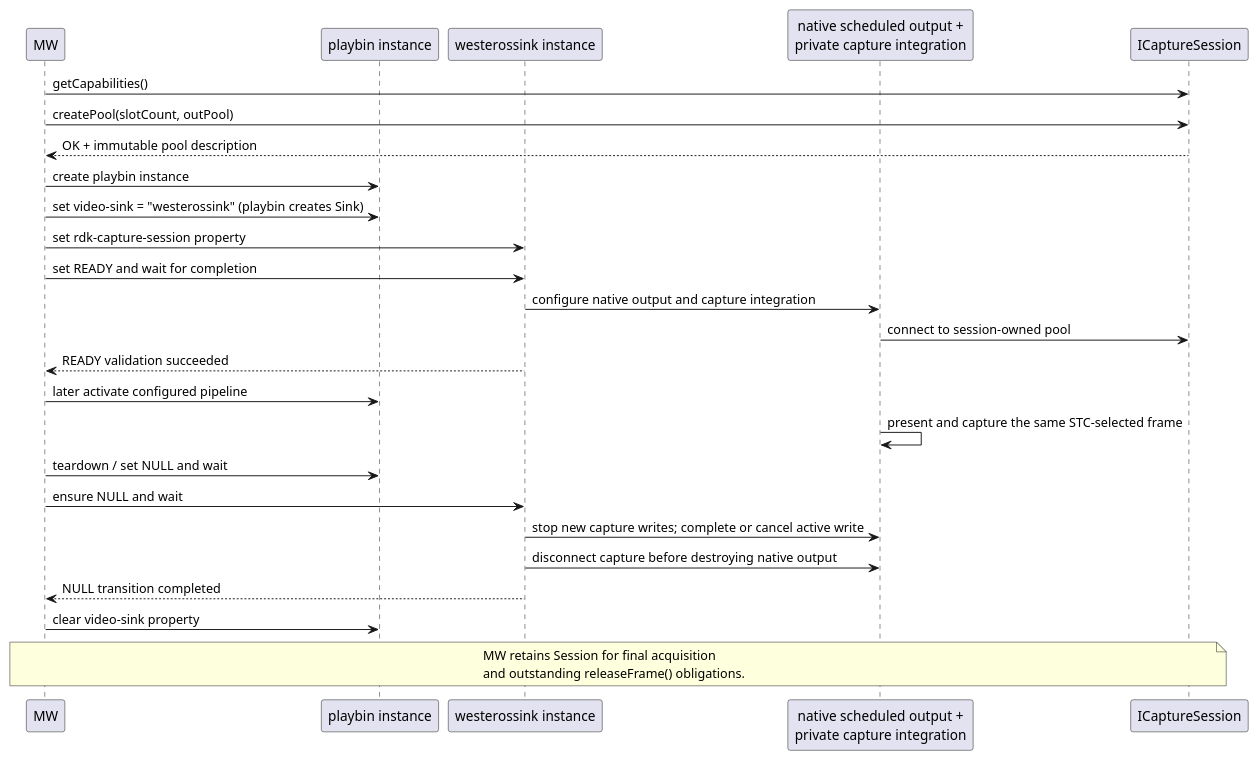
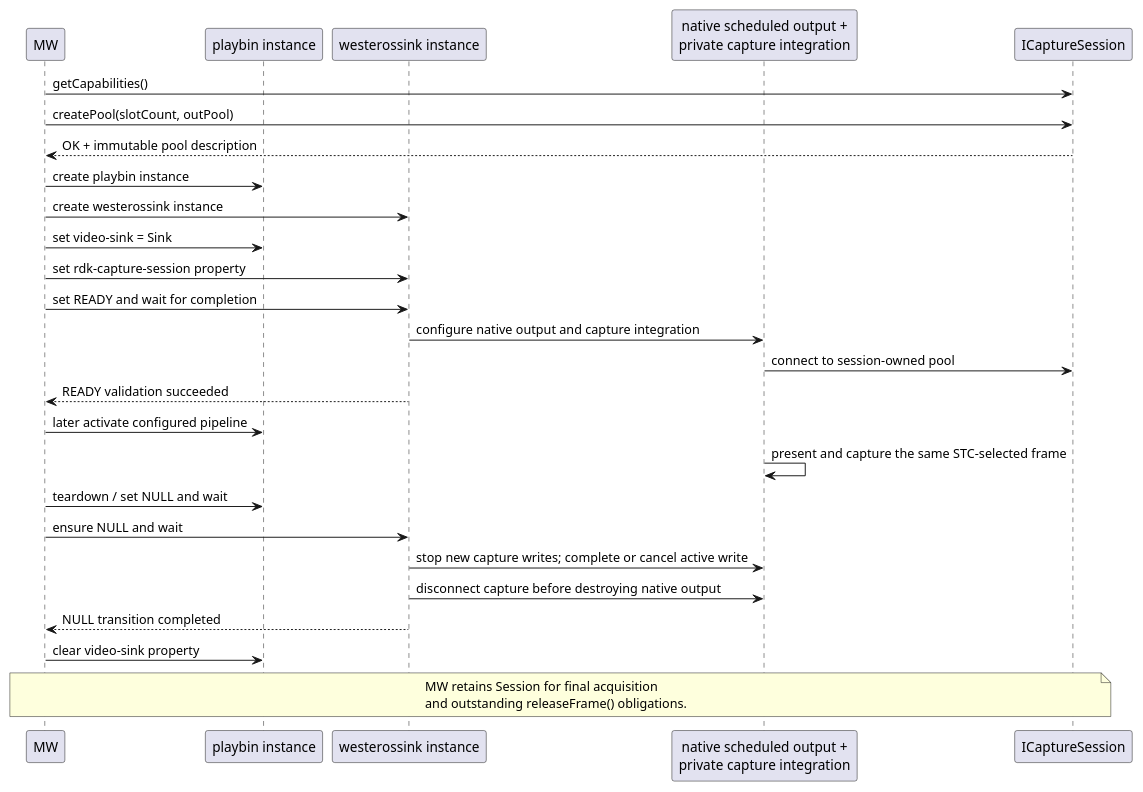
The diagram in doc/Media_Pipeline/SPECIFICATION-soc-video-frame-capture.md (rdkcentral/rdk-hpk-documentation), drawn with PlantUML before and after one commit. The commit also changed other lines of this file, not shown here.

First line of the commit message:
Changed playbin video-sink assignment from factory string to explicit westerossink instance creation in documentation and examples

````diff
--- a/doc/Media_Pipeline/SPECIFICATION-soc-video-frame-capture.md
+++ b/doc/Media_Pipeline/SPECIFICATION-soc-video-frame-capture.md
@@ -308,33 +308,34 @@
 ```plantuml
 @startuml
 participant MW
 participant "playbin instance" as Playbin
 participant "westerossink instance" as Sink
 participant "native scheduled output +\nprivate capture integration" as Output
 participant ICaptureSession as Session
 
 MW -> Session: getCapabilities()
 MW -> Session: createPool(slotCount, outPool)
 Session --> MW: OK + immutable pool description
 MW -> Playbin: create playbin instance
-MW -> Playbin: set video-sink = "westerossink" (playbin creates Sink)
+MW -> Sink: create westerossink instance
+MW -> Playbin: set video-sink = Sink
 MW -> Sink: set rdk-capture-session property
 MW -> Sink: set READY and wait for completion
 Sink -> Output: configure native output and capture integration
 Output -> Session: connect to session-owned pool
 Sink --> MW: READY validation succeeded
 MW -> Playbin: later activate configured pipeline
 Output -> Output: present and capture the same STC-selected frame
 
 MW -> Playbin: teardown / set NULL and wait
 MW -> Sink: ensure NULL and wait
 Sink -> Output: stop new capture writes; complete or cancel active write
 Sink -> Output: disconnect capture before destroying native output
 Sink --> MW: NULL transition completed
 MW -> Playbin: clear video-sink property
 note over MW,Session
 MW retains Session for final acquisition
 and outstanding releaseFrame() obligations.
 end note
 @enduml
 ```
````
